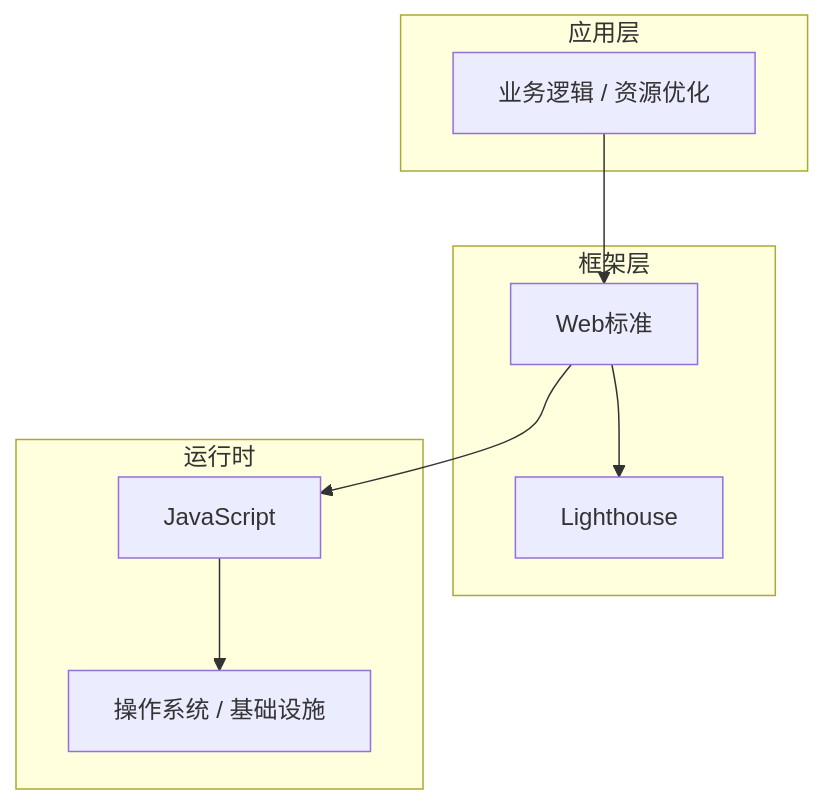
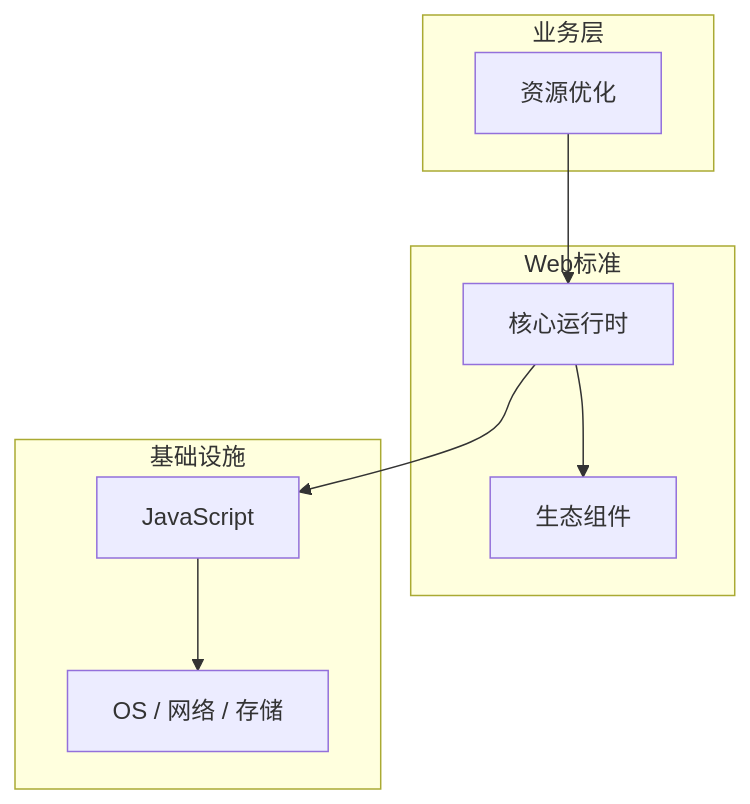
One commit to yanggan2015/knowledge-json-v2 changed the diagram in articles/Web性能优化/chapters/025-资源优化核心概念与原理.md. Above: the diagram before and after it, drawn with Mermaid. The commit also changed other lines of this file and 10127 other files, not shown here.

````diff
--- a/articles/Web性能优化/chapters/025-资源优化核心概念与原理.md
+++ b/articles/Web性能优化/chapters/025-资源优化核心概念与原理.md
@@ -45,18 +34,18 @@
 ```mermaid
 graph TB
-    subgraph 应用层
-        A[业务逻辑 / 资源优化]
+    subgraph 业务层
+        A[资源优化]
     end
-    subgraph 框架层
-        B[Web标准]
-        C[Lighthouse]
+    subgraph Web标准
+        B[核心运行时]
+        C[生态组件]
     end
-    subgraph 运行时
+    subgraph 基础设施
         D[JavaScript]
-        E[操作系统 / 基础设施]
+        E[OS / 网络 / 存储]
     end
     A --> B
     B --> C
     B --> D
     D --> E
 ```
````
